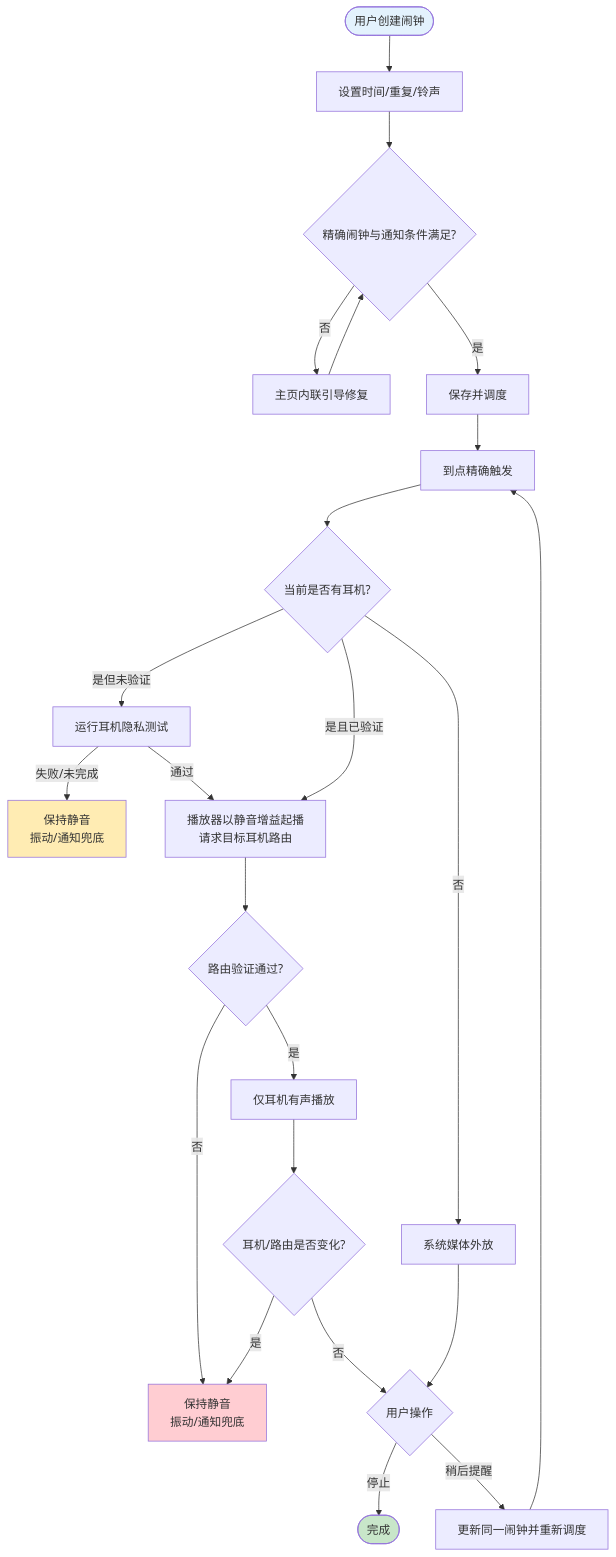
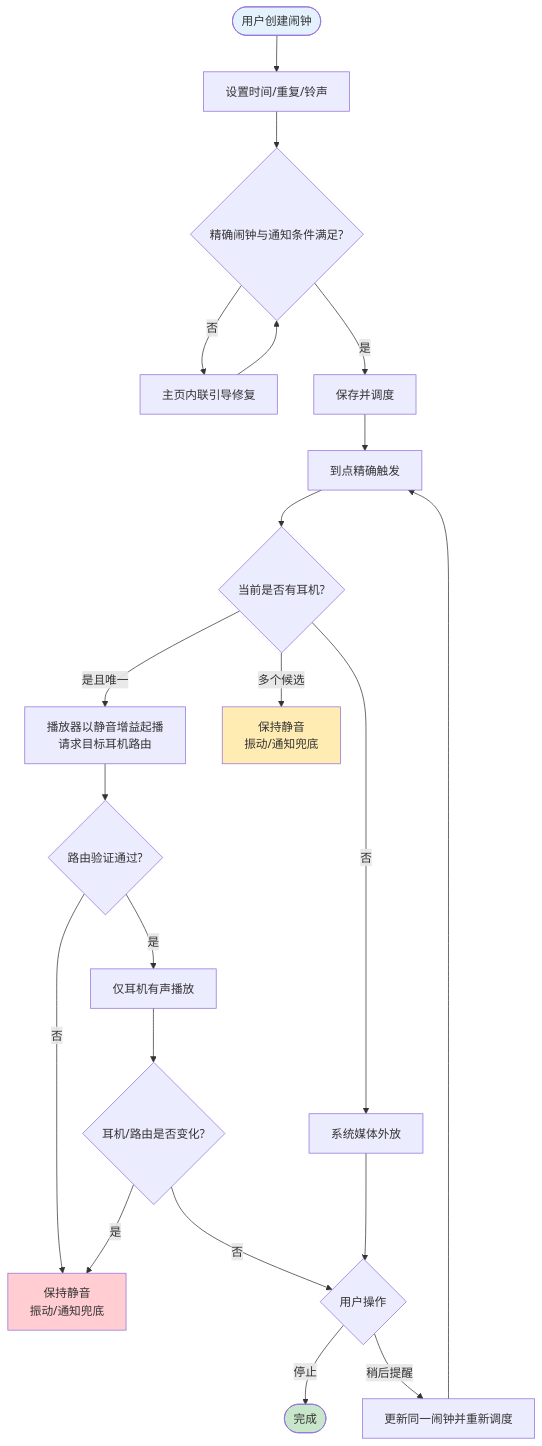
The third of 5 diagrams in docs/hush-wake-prd.md (chenzhiyong1994/hush-wake), drawn with Mermaid before and after one commit. The commit also changed other lines of this file and 29 other files, not shown here.

````diff
--- a/docs/hush-wake-prd.md
+++ b/docs/hush-wake-prd.md
@@ -468,31 +458,29 @@
 ```mermaid
 flowchart TD
     START([用户创建闹钟]) --> INPUT[设置时间/重复/铃声]
     INPUT --> CHECK{精确闹钟与通知条件满足?}
     CHECK -->|否| GUIDE[主页内联引导修复]
     GUIDE --> CHECK
     CHECK -->|是| SCHEDULE[保存并调度]
     SCHEDULE --> TRIGGER[到点精确触发]
     TRIGGER --> DEVICE{当前是否有耳机?}
     DEVICE -->|否| SPEAKER[系统媒体外放]
-    DEVICE -->|是但未验证| TEST[运行耳机隐私测试]
-    TEST -->|失败/未完成| BLOCK[保持静音<br/>振动/通知兜底]
-    TEST -->|通过| SILENT
-    DEVICE -->|是且已验证| SILENT
+    DEVICE -->|是且唯一| SILENT
+    DEVICE -->|多个候选| BLOCK[保持静音<br/>振动/通知兜底]
     SILENT[播放器以静音增益起播<br/>请求目标耳机路由]
     SILENT --> ROUTE{路由验证通过?}
     ROUTE -->|是| RING[仅耳机有声播放]
     ROUTE -->|否| FAIL[保持静音<br/>振动/通知兜底]
     RING --> LOST{耳机/路由是否变化?}
     LOST -->|是| FAIL
     LOST -->|否| ACTION{用户操作}
     ACTION -->|停止| DONE([完成])
     ACTION -->|稍后提醒| SNOOZE[更新同一闹钟并重新调度]
     SNOOZE --> TRIGGER
     SPEAKER --> ACTION
 
     style START fill:#E3F2FD
     style DONE fill:#C8E6C9
     style BLOCK fill:#FFECB3
     style FAIL fill:#FFCDD2
 ```
````
